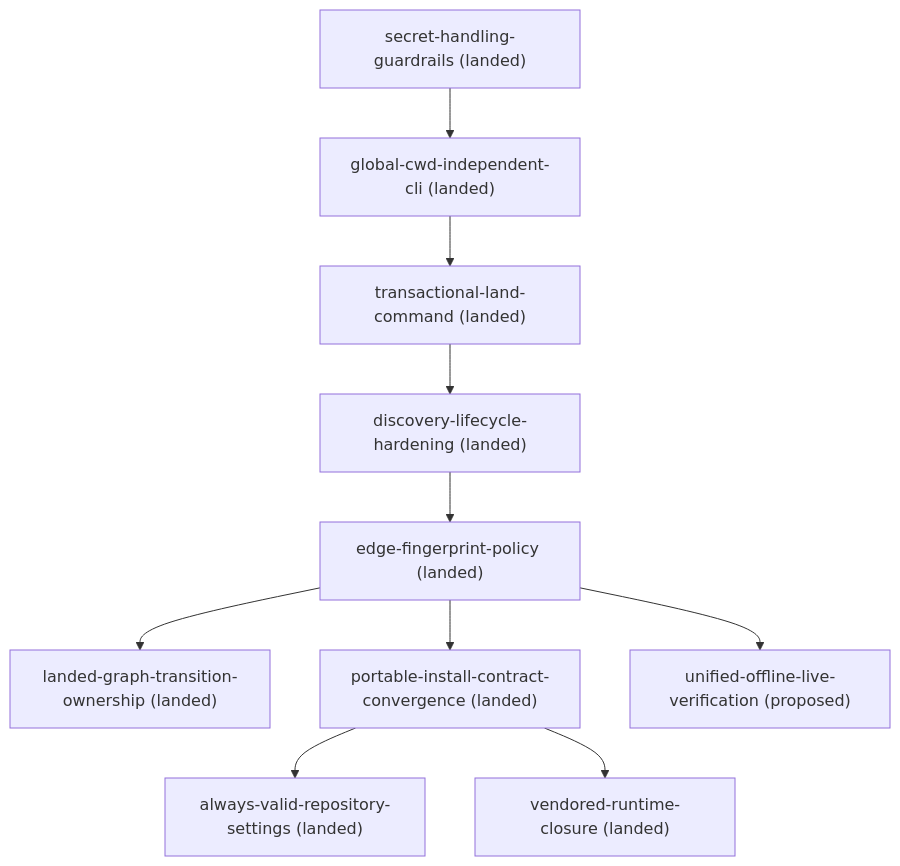
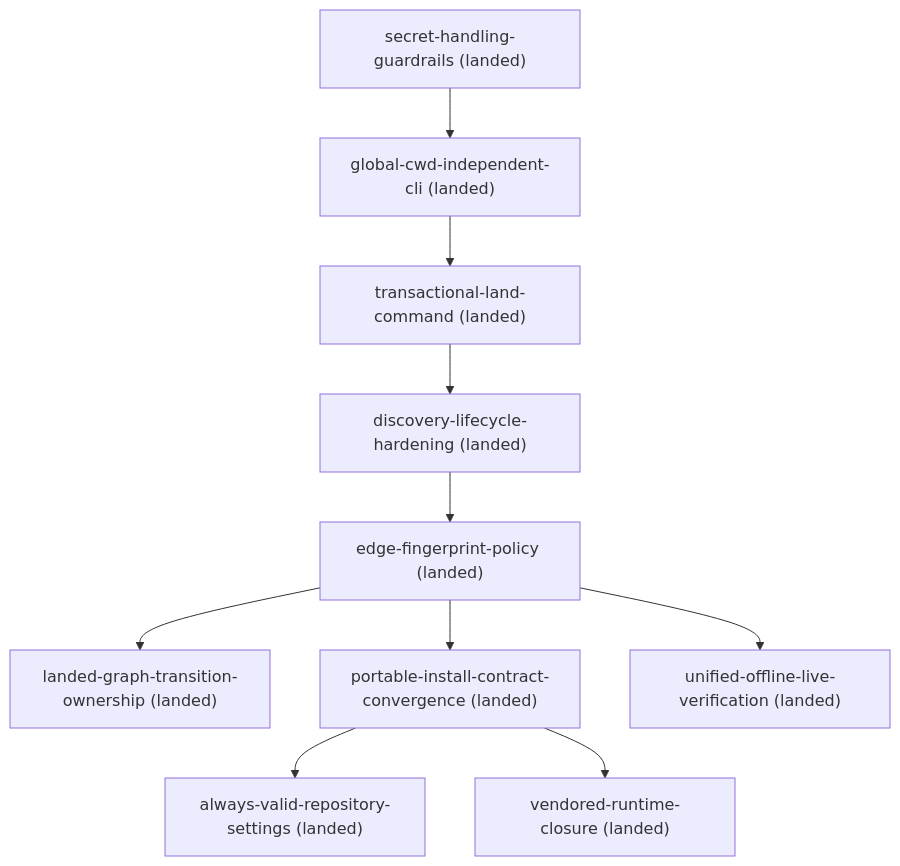
The diagram in docs/roadmap.md (kli66/doc-contract), drawn with Mermaid before and after one commit. The commit also changed other lines of this file and 11 other files, not shown here.

Commit message:
refactor: unify offline and live verification

````diff
--- a/docs/roadmap.md
+++ b/docs/roadmap.md
@@ -41,22 +41,22 @@
 ```mermaid
 flowchart TD
     always_valid_repository_settings["always-valid-repository-settings (landed)"]
     discovery_lifecycle_hardening["discovery-lifecycle-hardening (landed)"]
     edge_fingerprint_policy["edge-fingerprint-policy (landed)"]
     global_cwd_independent_cli["global-cwd-independent-cli (landed)"]
     landed_graph_transition_ownership["landed-graph-transition-ownership (landed)"]
     portable_install_contract_convergence["portable-install-contract-convergence (landed)"]
     secret_handling_guardrails["secret-handling-guardrails (landed)"]
     transactional_land_command["transactional-land-command (landed)"]
-    unified_offline_live_verification["unified-offline-live-verification (proposed)"]
+    unified_offline_live_verification["unified-offline-live-verification (landed)"]
     vendored_runtime_closure["vendored-runtime-closure (landed)"]
     discovery_lifecycle_hardening --> edge_fingerprint_policy
     edge_fingerprint_policy --> landed_graph_transition_ownership
     edge_fingerprint_policy --> portable_install_contract_convergence
     edge_fingerprint_policy --> unified_offline_live_verification
     global_cwd_independent_cli --> transactional_land_command
     portable_install_contract_convergence --> always_valid_repository_settings
     portable_install_contract_convergence --> vendored_runtime_closure
     secret_handling_guardrails --> global_cwd_independent_cli
     transactional_land_command --> discovery_lifecycle_hardening
 ```
````
